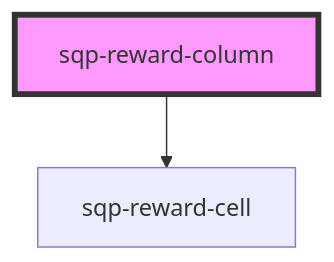
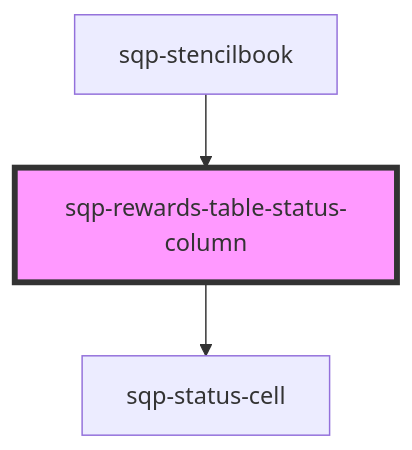
One commit to saasquatch/program-tools changed the diagram in packages/paypal-components/src/components/sqp-status-column/readme.md. Above: the diagram before and after it, drawn with Mermaid. The commit also changed other lines of this file and 7 other files, not shown here.

````diff
--- a/packages/paypal-components/src/components/sqp-status-column/readme.md
+++ b/packages/paypal-components/src/components/sqp-status-column/readme.md
@@ -62,5 +54,6 @@
 ```mermaid
 graph TD;
-  sqp-reward-column --> sqp-reward-cell
-  style sqp-reward-column fill:#f9f,stroke:#333,stroke-width:4px
+  sqp-rewards-table-status-column --> sqp-status-cell
+  sqp-stencilbook --> sqp-rewards-table-status-column
+  style sqp-rewards-table-status-column fill:#f9f,stroke:#333,stroke-width:4px
 ```
````
